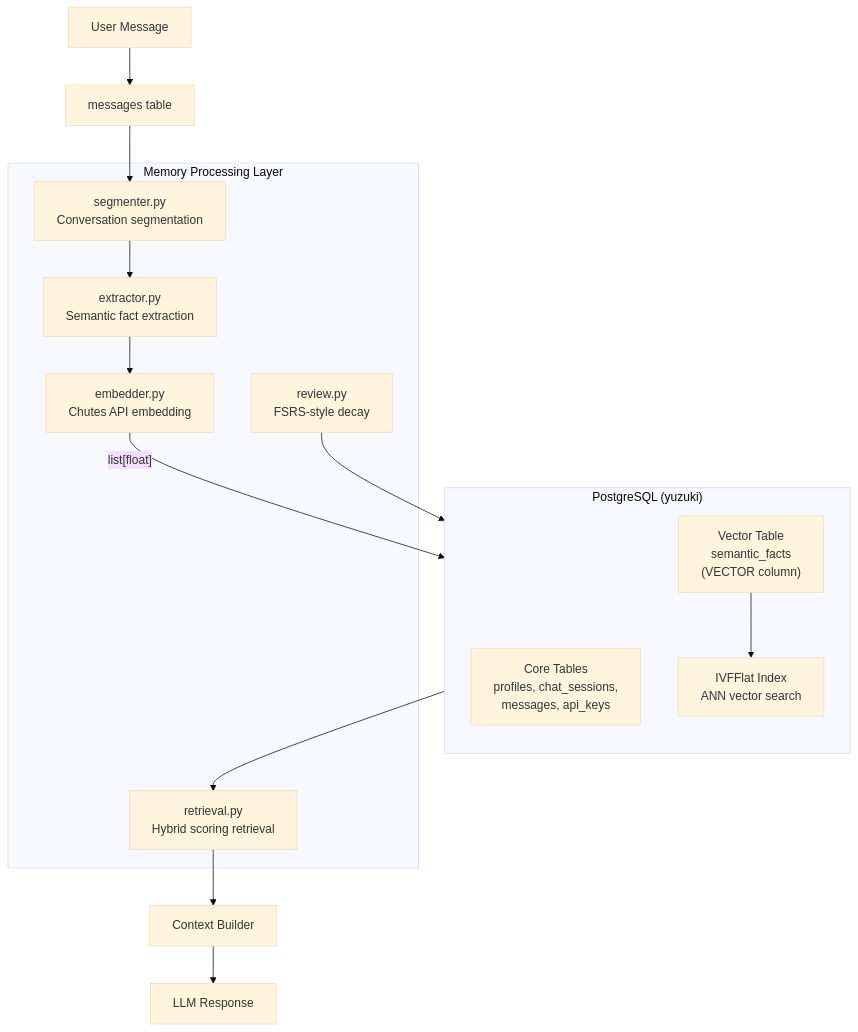
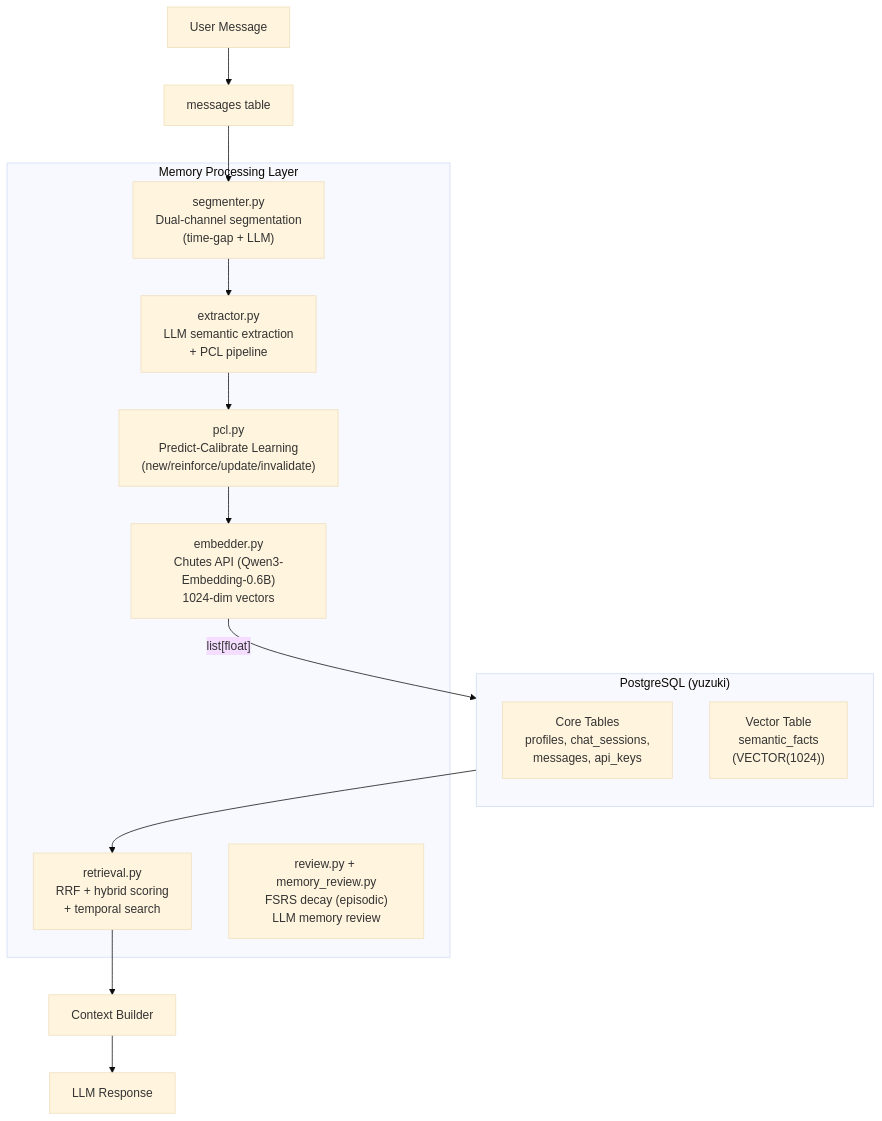
Before and after one commit to icedeyes12/yuzu-core: the first of 4 diagrams in app/memory/docs/architecture.md, drawn with Mermaid (base theme). The commit also changed other lines of this file and 1 other file, not shown here.

Commit message:
feat: update architecture doc to reflect full implementation + mark Phases 8-11 in roadmap

````diff
--- a/app/memory/docs/architecture.md
+++ b/app/memory/docs/architecture.md
@@ -11,28 +11,27 @@
 ```mermaid
 flowchart TB
     subgraph PostgreSQL["PostgreSQL (yuzuki)"]
         direction TB
         PG_CORE["Core Tables\nprofiles, chat_sessions,\nmessages, api_keys"]
-        PG_VECTOR["Vector Table\nsemantic_facts\n(VECTOR column)"]
-        PG_INDEX["IVFFlat Index\nANN vector search"]
+        PG_VECTOR["Vector Table\nsemantic_facts\n(VECTOR(1024))"]
     end
 
     subgraph MemoryLayer["Memory Processing Layer"]
-        EMBED["embedder.py\nChutes API embedding"]
-        EXTRACT["extractor.py\nSemantic fact extraction"]
-        SEGMENT["segmenter.py\nConversation segmentation"]
-        RETRIEVE["retrieval.py\nHybrid scoring retrieval"]
-        REVIEW["review.py\nFSRS-style decay"]
+        EMBED["embedder.py\nChutes API (Qwen3-Embedding-0.6B)\n1024-dim vectors"]
+        SEGMENT["segmenter.py\nDual-channel segmentation\n(time-gap + LLM)"]
+        EXTRACT["extractor.py\nLLM semantic extraction\n+ PCL pipeline"]
+        RETRIEVE["retrieval.py\nRRF + hybrid scoring\n+ temporal search"]
+        REVIEW["review.py + memory_review.py\nFSRS decay (episodic)\nLLM memory review"]
+        PCL["pcl.py\nPredict-Calibrate Learning\n(new/reinforce/update/invalidate)"]
     end
 
     USER["User Message"] --> MSG["messages table"]
     MSG --> SEGMENT
     SEGMENT --> EXTRACT
-    EXTRACT --> EMBED
+    EXTRACT --> PCL
+    PCL --> EMBED
     EMBED -->|"list[float]"| PG_VECTOR
-    PG_VECTOR --> PG_INDEX
-    PG_INDEX --> RETRIEVE
+    PG_VECTOR --> RETRIEVE
     RETRIEVE --> CONTEXT["Context Builder"]
     CONTEXT --> LLM["LLM Response"]
-    REVIEW --> PG_VECTOR
 ```
````
